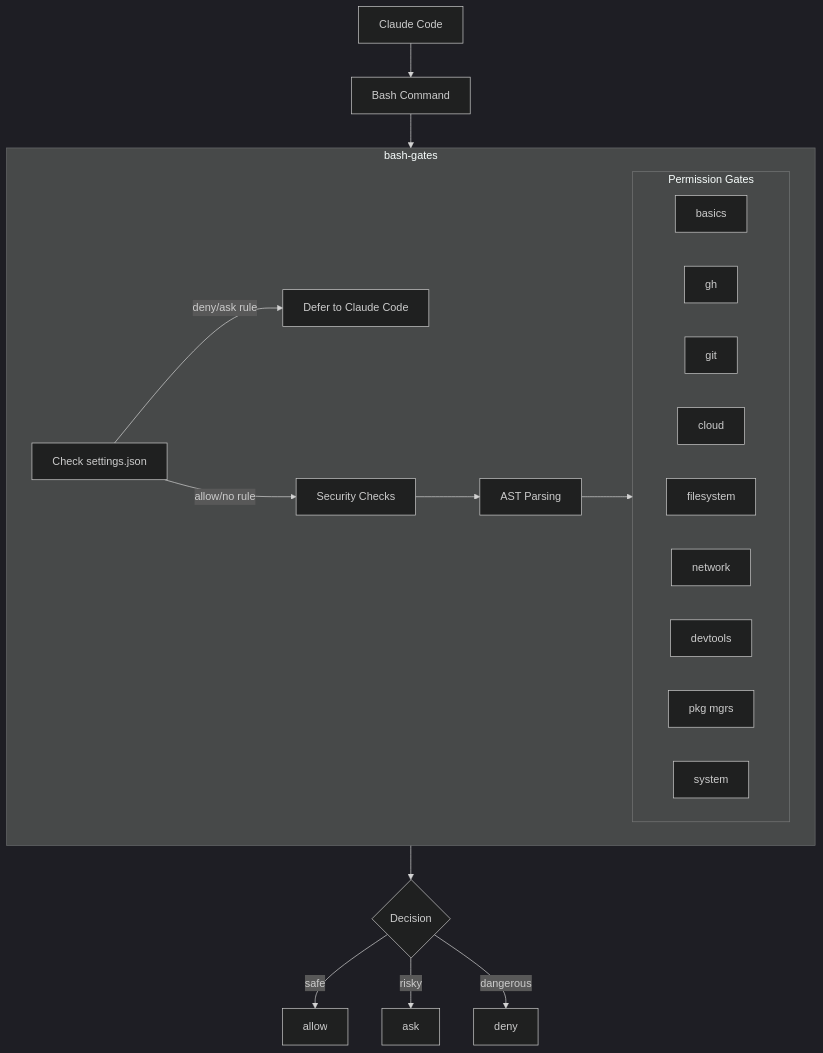
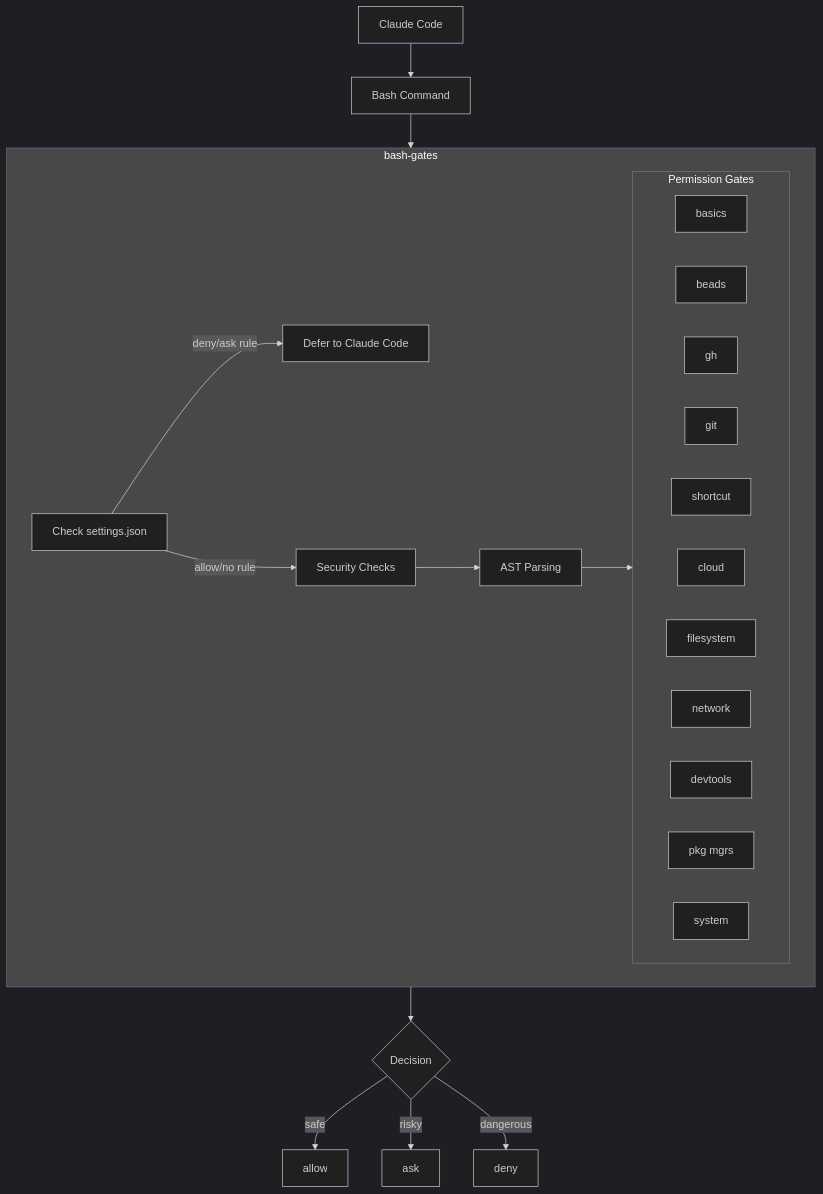
One commit to camjac251/bash-gates changed the diagram in README.md. Above: the diagram before and after it, drawn with Mermaid (dark theme). The commit also changed other lines of this file and 1 other file, not shown here.

````diff
--- a/README.md
+++ b/README.md
@@ -37,31 +37,33 @@
 ```mermaid
 flowchart TD
     CC[Claude Code] --> CMD[Bash Command]
     CMD --> BG
 
     subgraph BG [bash-gates]
         SETTINGS[Check settings.json]
         SETTINGS -->|deny/ask rule| DEFER[Defer to Claude Code]
         SETTINGS -->|allow/no rule| SEC[Security Checks]
         SEC --> AST[AST Parsing]
         AST --> GATES
 
         subgraph GATES [Permission Gates]
             direction LR
             G1[basics]
-            G2[gh]
-            G3[git]
-            G4[cloud]
-            G5[filesystem]
-            G6[network]
-            G7[devtools]
-            G8[pkg mgrs]
-            G9[system]
+            G2[beads]
+            G3[gh]
+            G4[git]
+            G5[shortcut]
+            G6[cloud]
+            G7[filesystem]
+            G8[network]
+            G9[devtools]
+            G10[pkg mgrs]
+            G11[system]
         end
     end
 
     BG --> DECISION{Decision}
     DECISION -->|safe| ALLOW[allow]
     DECISION -->|risky| ASK[ask]
     DECISION -->|dangerous| DENY[deny]
 ```
````
